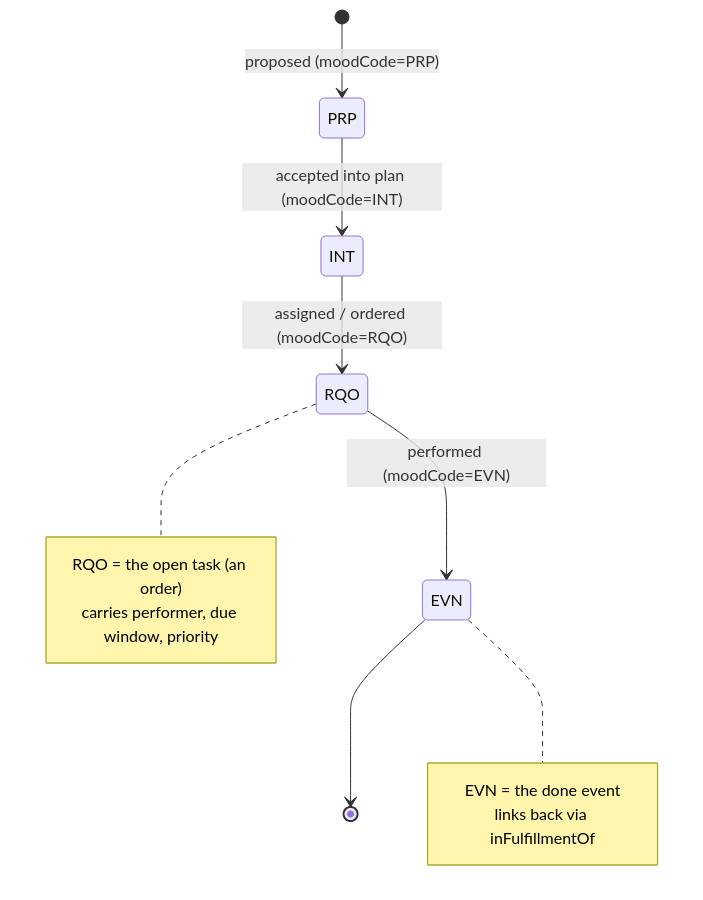
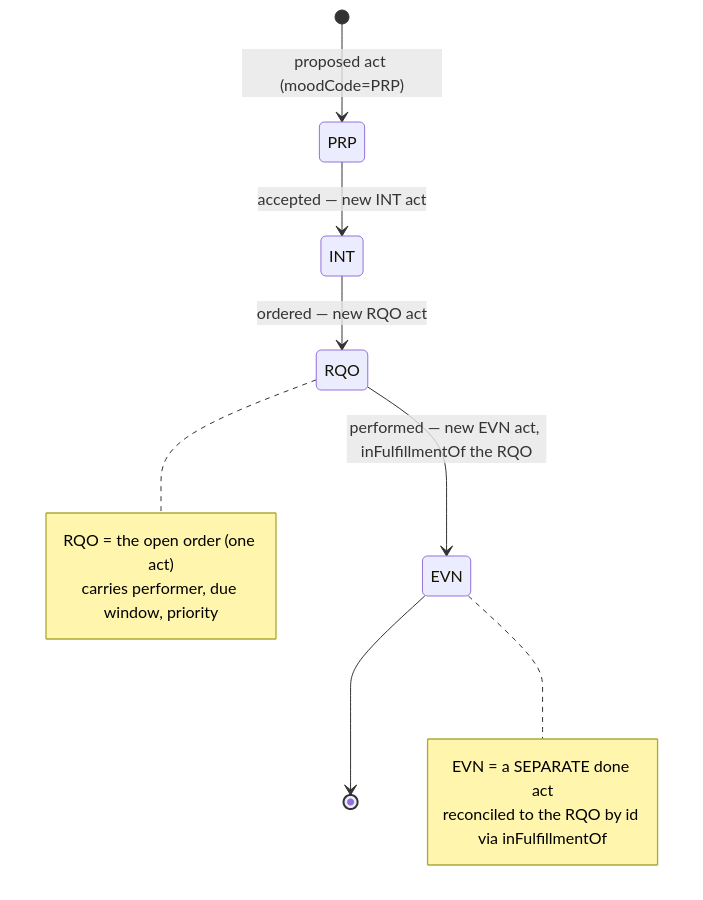
The first of 4 diagrams in state-machine.md (PatrickRutledge/care_plan), drawn with Mermaid before and after one commit. The commit also changed other lines of this file and 7 other files, not shown here.

````diff
--- a/state-machine.md
+++ b/state-machine.md
@@ -19,17 +26,17 @@
 ```mermaid
 stateDiagram-v2
-    [*] --> PRP: proposed (moodCode=PRP)
-    PRP --> INT: accepted into plan (moodCode=INT)
-    INT --> RQO: assigned / ordered (moodCode=RQO)
-    RQO --> EVN: performed (moodCode=EVN)
+    [*] --> PRP: proposed act (moodCode=PRP)
+    PRP --> INT: accepted — new INT act
+    INT --> RQO: ordered — new RQO act
+    RQO --> EVN: performed — new EVN act, inFulfillmentOf the RQO
     EVN --> [*]
 
     note right of RQO
-        RQO = the open task (an order)
+        RQO = the open order (one act)
         carries performer, due window, priority
     end note
     note right of EVN
-        EVN = the done event
-        links back via inFulfillmentOf
+        EVN = a SEPARATE done act
+        reconciled to the RQO by id via inFulfillmentOf
     end note
 ```
````
